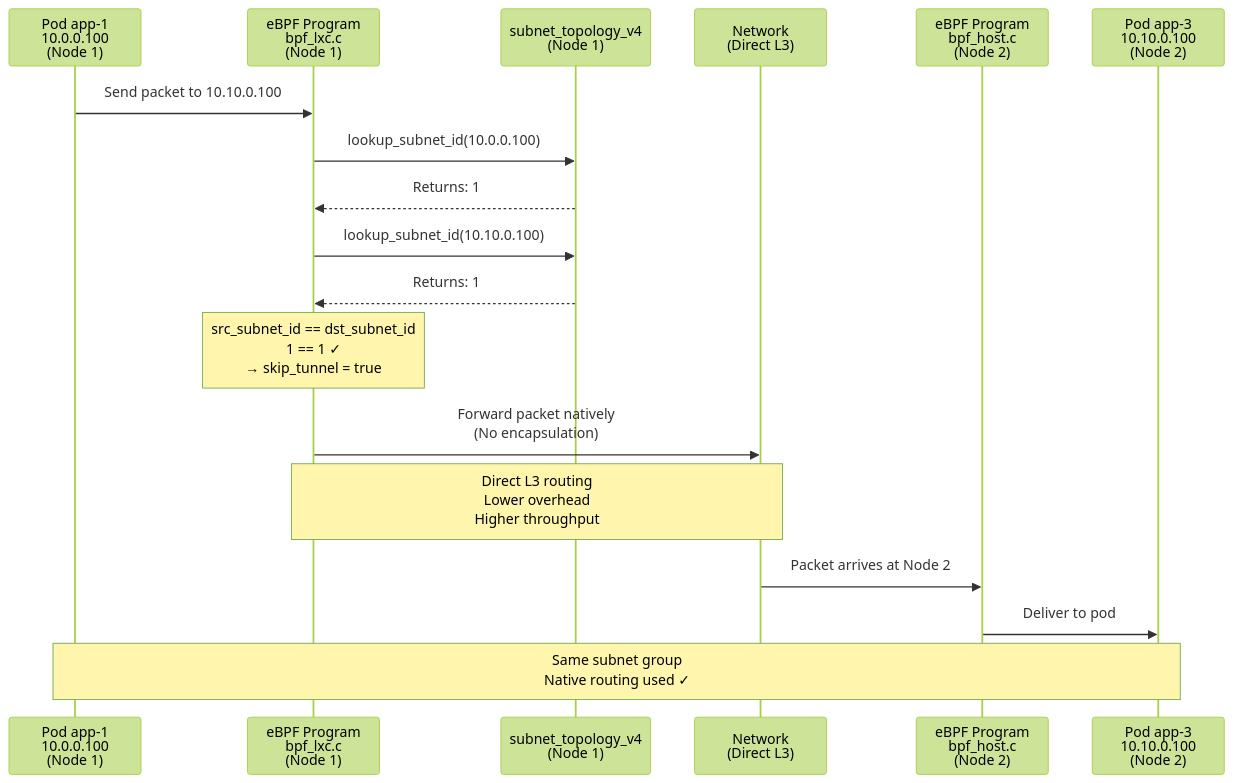
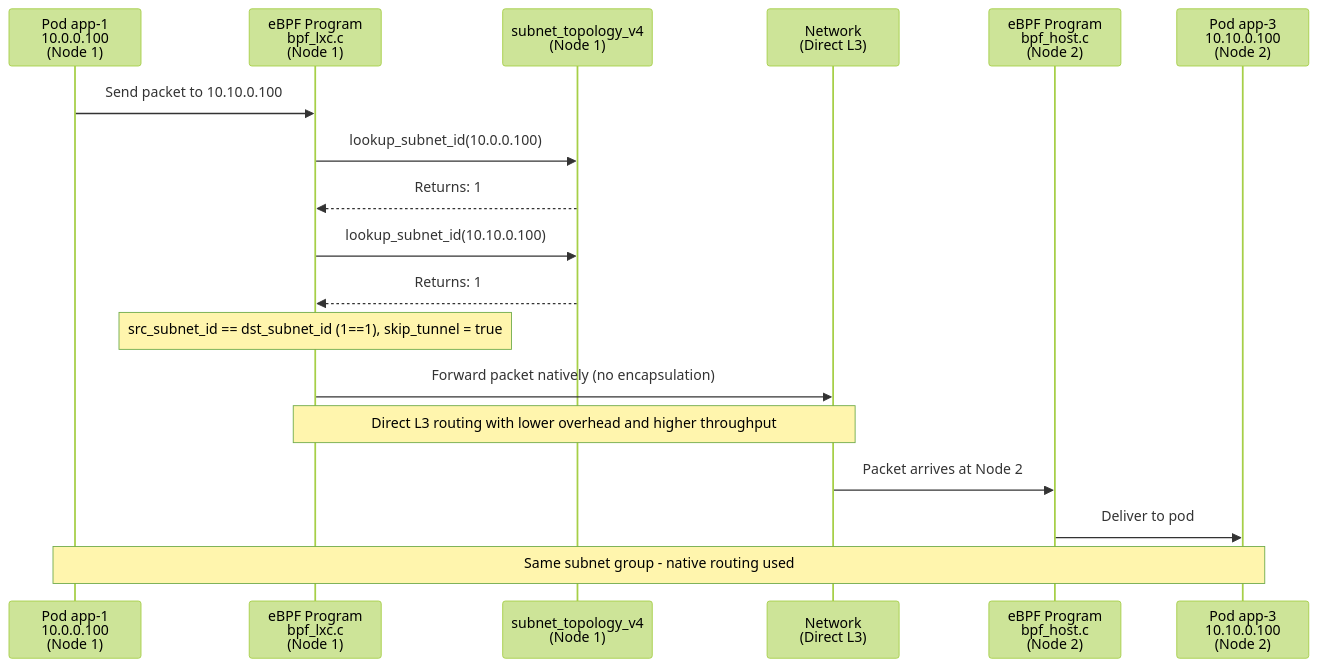
Diagram 11 of 12 in CFP-32810-ARCHITECTURE-DIAGRAMS.md (jimassa/cilium), drawn with Mermaid (forest theme) before and after one commit. The commit also changed other lines of this file, not shown here.

First line of the commit message:
Fix Mermaid syntax errors in diagrams 3 and 10

````diff
--- a/CFP-32810-ARCHITECTURE-DIAGRAMS.md
+++ b/CFP-32810-ARCHITECTURE-DIAGRAMS.md
@@ -772,27 +771,27 @@
 ```mermaid
 sequenceDiagram
     participant P1 as Pod app-1<br/>10.0.0.100<br/>(Node 1)
     participant BPF1 as eBPF Program<br/>bpf_lxc.c<br/>(Node 1)
     participant Map1 as subnet_topology_v4<br/>(Node 1)
     participant Net as Network<br/>(Direct L3)
     participant BPF2 as eBPF Program<br/>bpf_host.c<br/>(Node 2)
     participant P2 as Pod app-3<br/>10.10.0.100<br/>(Node 2)
 
     P1->>BPF1: Send packet to 10.10.0.100
 
     BPF1->>Map1: lookup_subnet_id(10.0.0.100)
     Map1-->>BPF1: Returns: 1
 
     BPF1->>Map1: lookup_subnet_id(10.10.0.100)
     Map1-->>BPF1: Returns: 1
 
-    Note over BPF1: src_subnet_id == dst_subnet_id<br/>1 == 1 ✓<br/>→ skip_tunnel = true
+    Note over BPF1: src_subnet_id == dst_subnet_id (1==1), skip_tunnel = true
 
-    BPF1->>Net: Forward packet natively<br/>(No encapsulation)
-    Note over BPF1,Net: Direct L3 routing<br/>Lower overhead<br/>Higher throughput
+    BPF1->>Net: Forward packet natively (no encapsulation)
+    Note over BPF1,Net: Direct L3 routing with lower overhead and higher throughput
 
     Net->>BPF2: Packet arrives at Node 2
     BPF2->>P2: Deliver to pod
 
-    Note over P1,P2: Same subnet group<br/>Native routing used ✓
+    Note over P1,P2: Same subnet group - native routing used
 ```
````
